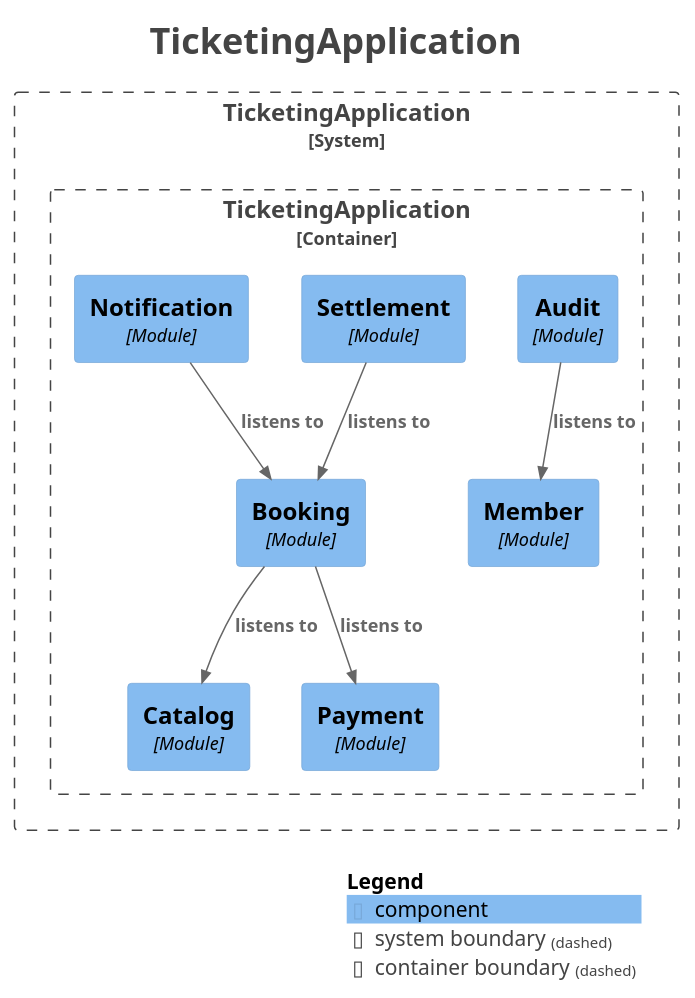
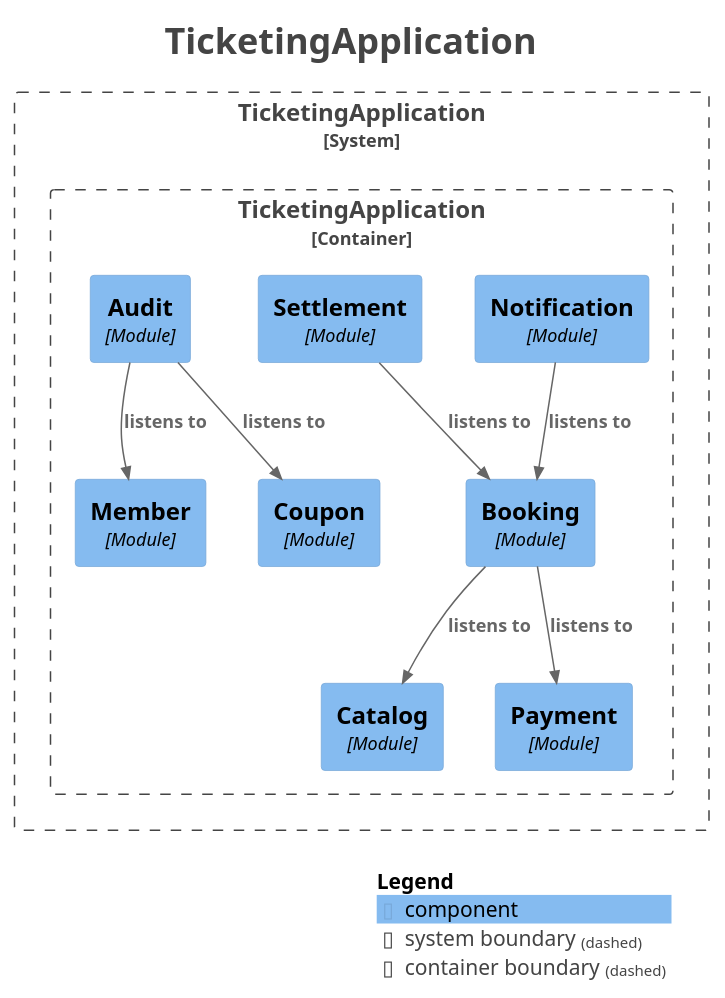
The diagram in docs/modulith/components.puml (jkonury/ticketing), drawn with PlantUML before and after one commit. The commit also changed 22 other files, not shown here.

```diff
--- a/docs/modulith/components.puml
+++ b/docs/modulith/components.puml
@@ -1,39 +1,41 @@
 @startuml
 title <size:24>TicketingApplication</size>
 
 set separator none
 top to bottom direction
 
 <style>
   root {
     BackgroundColor: #ffffff
     FontColor: #444444
   }
 </style>
 
 !include <C4/C4>
 !include <C4/C4_Context>
 !include <C4/C4_Component>
 
 System_Boundary("TicketingApplication_boundary", "TicketingApplication", $tags="") {
   Container_Boundary("TicketingApplication.TicketingApplication_boundary", "TicketingApplication", $tags="") {
     Component(TicketingApplication.TicketingApplication.Settlement, "Settlement", $techn="Module", $descr="", $tags="", $link="")
     Component(TicketingApplication.TicketingApplication.Catalog, "Catalog", $techn="Module", $descr="", $tags="", $link="")
+    Component(TicketingApplication.TicketingApplication.Coupon, "Coupon", $techn="Module", $descr="", $tags="", $link="")
     Component(TicketingApplication.TicketingApplication.Member, "Member", $techn="Module", $descr="", $tags="", $link="")
     Component(TicketingApplication.TicketingApplication.Payment, "Payment", $techn="Module", $descr="", $tags="", $link="")
     Component(TicketingApplication.TicketingApplication.Audit, "Audit", $techn="Module", $descr="", $tags="", $link="")
     Component(TicketingApplication.TicketingApplication.Booking, "Booking", $techn="Module", $descr="", $tags="", $link="")
     Component(TicketingApplication.TicketingApplication.Notification, "Notification", $techn="Module", $descr="", $tags="", $link="")
   }
 
 }
 
+Rel(TicketingApplication.TicketingApplication.Notification, TicketingApplication.TicketingApplication.Booking, "listens to", $techn="", $tags="", $link="")
 Rel(TicketingApplication.TicketingApplication.Booking, TicketingApplication.TicketingApplication.Payment, "listens to", $techn="", $tags="", $link="")
 Rel(TicketingApplication.TicketingApplication.Booking, TicketingApplication.TicketingApplication.Catalog, "listens to", $techn="", $tags="", $link="")
+Rel(TicketingApplication.TicketingApplication.Settlement, TicketingApplication.TicketingApplication.Booking, "listens to", $techn="", $tags="", $link="")
+Rel(TicketingApplication.TicketingApplication.Audit, TicketingApplication.TicketingApplication.Coupon, "listens to", $techn="", $tags="", $link="")
 Rel(TicketingApplication.TicketingApplication.Audit, TicketingApplication.TicketingApplication.Member, "listens to", $techn="", $tags="", $link="")
-Rel(TicketingApplication.TicketingApplication.Notification, TicketingApplication.TicketingApplication.Booking, "listens to", $techn="", $tags="", $link="")
-Rel(TicketingApplication.TicketingApplication.Settlement, TicketingApplication.TicketingApplication.Booking, "listens to", $techn="", $tags="", $link="")
 
 SHOW_LEGEND(true)
 hide stereotypes
 @enduml
```
